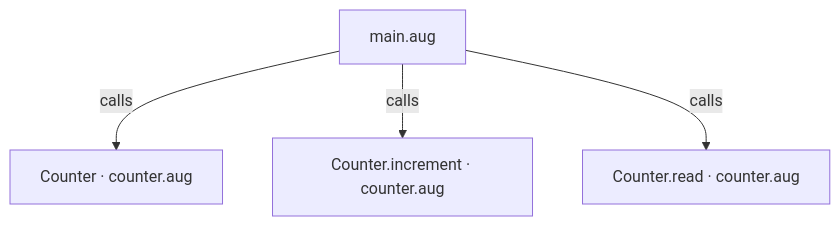
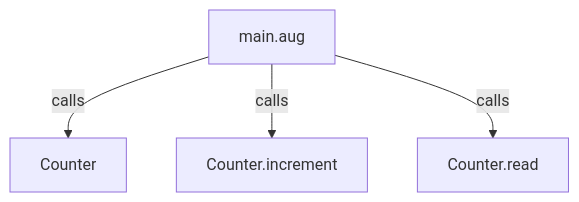
Before and after one commit to GreenPandaStudios/augscript: the second of 3 diagrams in docs/examples/ownership/main-diagrams.md, drawn with Mermaid. The commit also changed other lines of this file and 524 other files, not shown here.

Commit message:
Explain checked data flow at folder and service levels

````diff
--- a/docs/examples/ownership/main-diagrams.md
+++ b/docs/examples/ownership/main-diagrams.md
@@ -28,10 +28,10 @@
 ```mermaid
 flowchart TD
-    n0["Counter · counter.aug"]
-    n1["Counter.increment · counter.aug"]
-    n2["Counter.read · counter.aug"]
+    n0["Counter"]
+    n1["Counter.increment"]
+    n2["Counter.read"]
     n3["main.aug"]
     n3 -->|"calls"| n0
     n3 -->|"calls"| n1
     n3 -->|"calls"| n2
 ```
````
